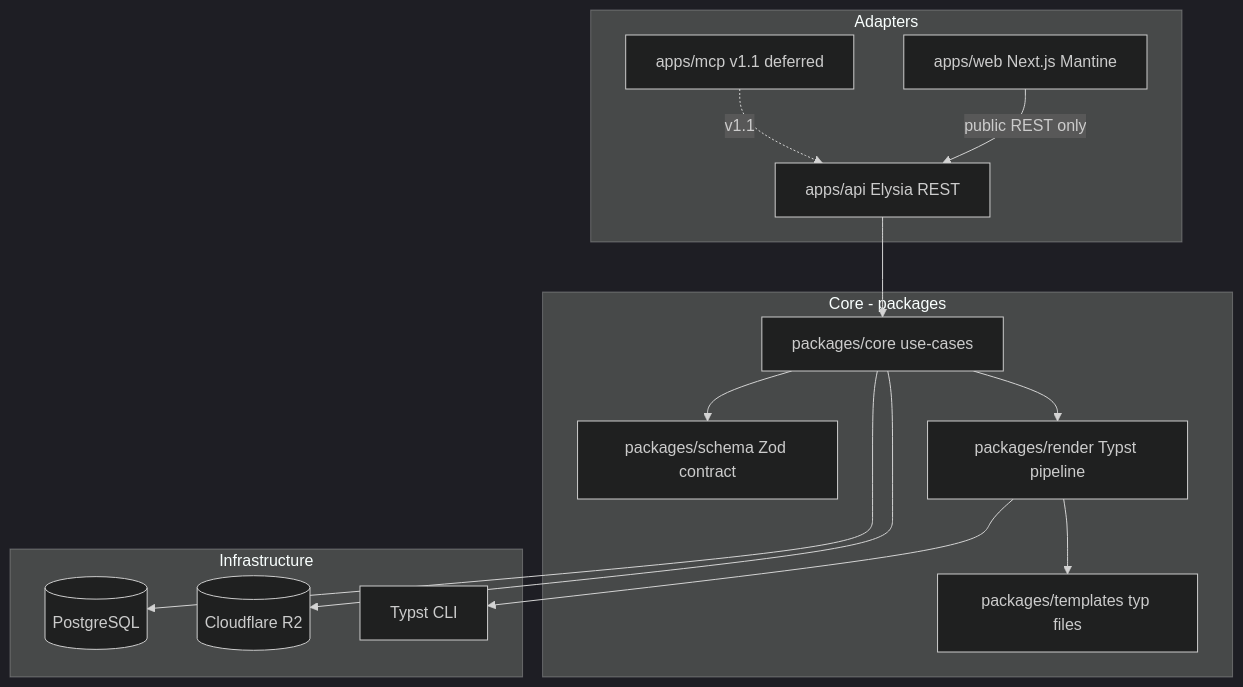
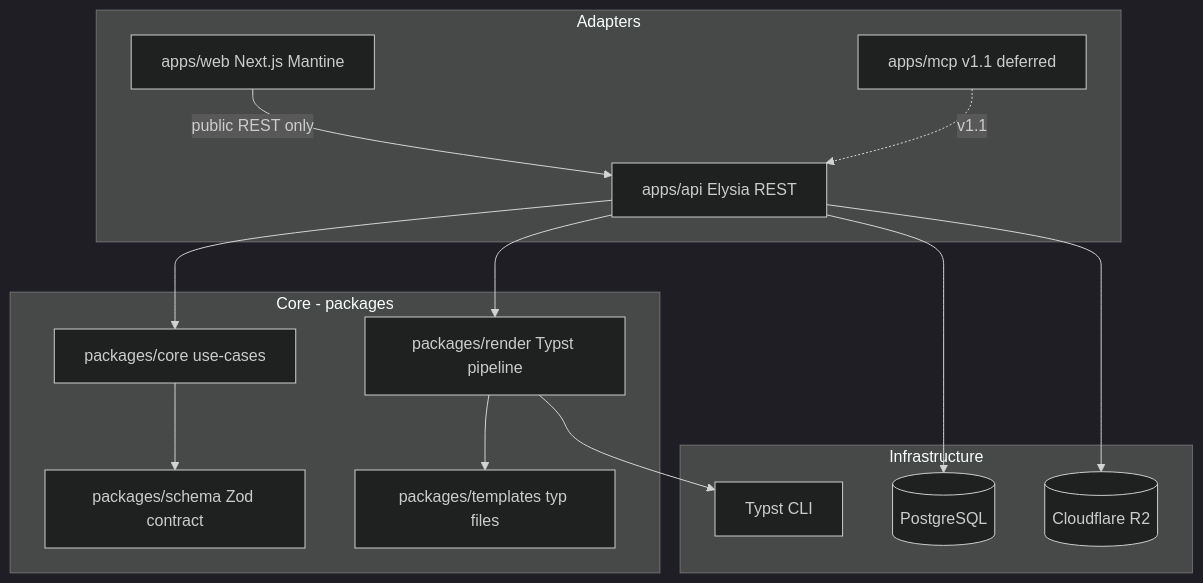
Before and after one commit to Milkywayrules/usetagih: the first of 2 diagrams in _bmad-output/planning-artifacts/architecture/architecture-usetagih-2026-07-20/ARCHITECTURE-SPINE.md, drawn with Mermaid (dark theme). The commit also changed other lines of this file and 2 other files, not shown here.

First line of the commit message:
docs: harden architecture for determinism, security, and deploy

````diff
--- a/_bmad-output/planning-artifacts/architecture/architecture-usetagih-2026-07-20/ARCHITECTURE-SPINE.md
+++ b/_bmad-output/planning-artifacts/architecture/architecture-usetagih-2026-07-20/ARCHITECTURE-SPINE.md
@@ -28,28 +28,28 @@
 ```mermaid
 flowchart TB
   subgraph adapters [Adapters]
     API[apps/api Elysia REST]
     WEB[apps/web Next.js Mantine]
     MCP[apps/mcp v1.1 deferred]
   end
   subgraph core [Core - packages]
     SCH[packages/schema Zod contract]
     CORE[packages/core use-cases]
     REN[packages/render Typst pipeline]
     TPL[packages/templates typ files]
   end
   subgraph infra [Infrastructure]
     PG[(PostgreSQL)]
     R2[(Cloudflare R2)]
     TYP[Typst CLI]
   end
   WEB -->|public REST only| API
   MCP -.->|v1.1| API
   API --> CORE
+  API --> REN
+  API --> PG
+  API --> R2
   CORE --> SCH
-  CORE --> REN
   REN --> TPL
   REN --> TYP
-  CORE --> PG
-  CORE --> R2
 ```
````
